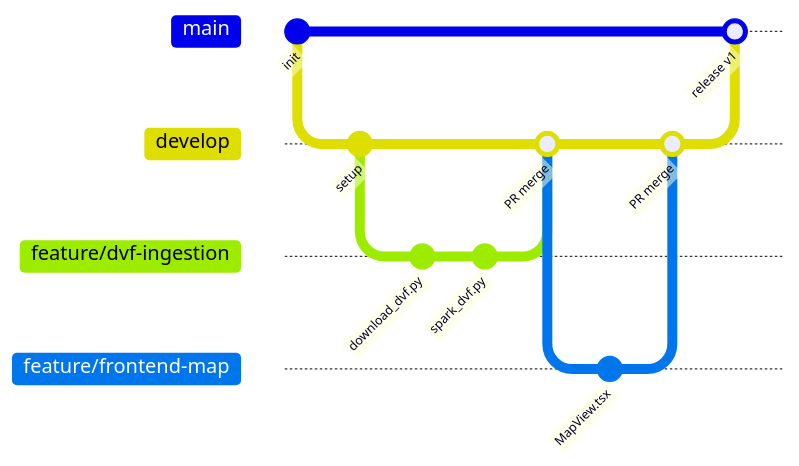
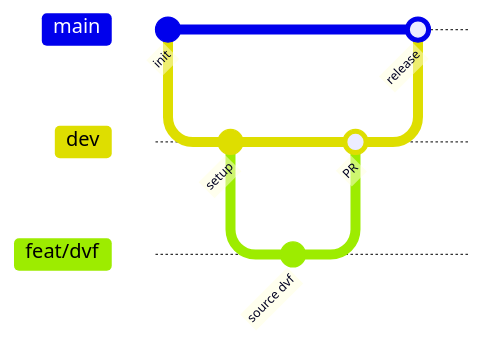
One commit to HomePedia-T-DAT-902/homepedia-api changed the third of 3 diagrams in docs/cadrage.md. Above: the diagram before and after it, drawn with Mermaid. The commit also changed other lines of this file and 12 other files, not shown here.

````diff
--- a/docs/cadrage.md
+++ b/docs/cadrage.md
@@ -185,17 +131,12 @@
 ```mermaid
 gitGraph
     commit id: "init"
-    branch develop
+    branch dev
     commit id: "setup"
-    branch feature/dvf-ingestion
-    commit id: "download_dvf.py"
-    commit id: "spark_dvf.py"
-    checkout develop
-    merge feature/dvf-ingestion id: "PR merge"
-    branch feature/frontend-map
-    commit id: "MapView.tsx"
-    checkout develop
-    merge feature/frontend-map id: "PR merge "
+    branch feat/dvf
+    commit id: "source dvf"
+    checkout dev
+    merge feat/dvf id: "PR"
     checkout main
-    merge develop id: "release v1"
+    merge dev id: "release"
 ```
````
